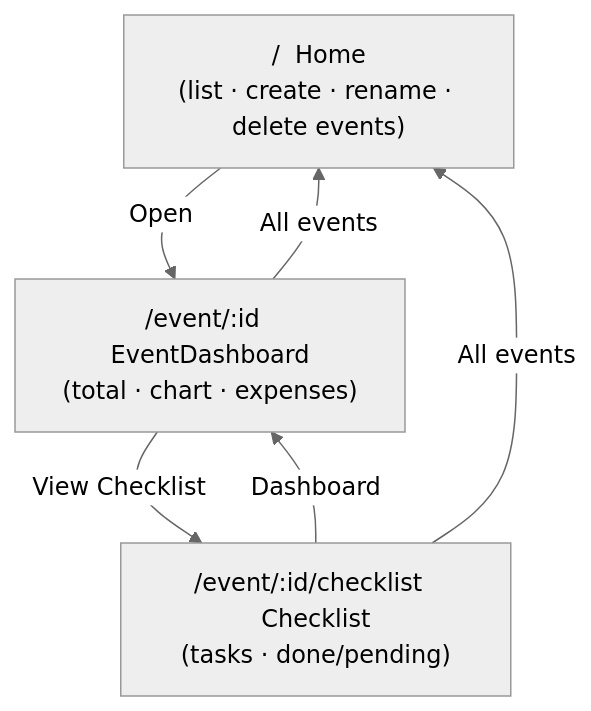
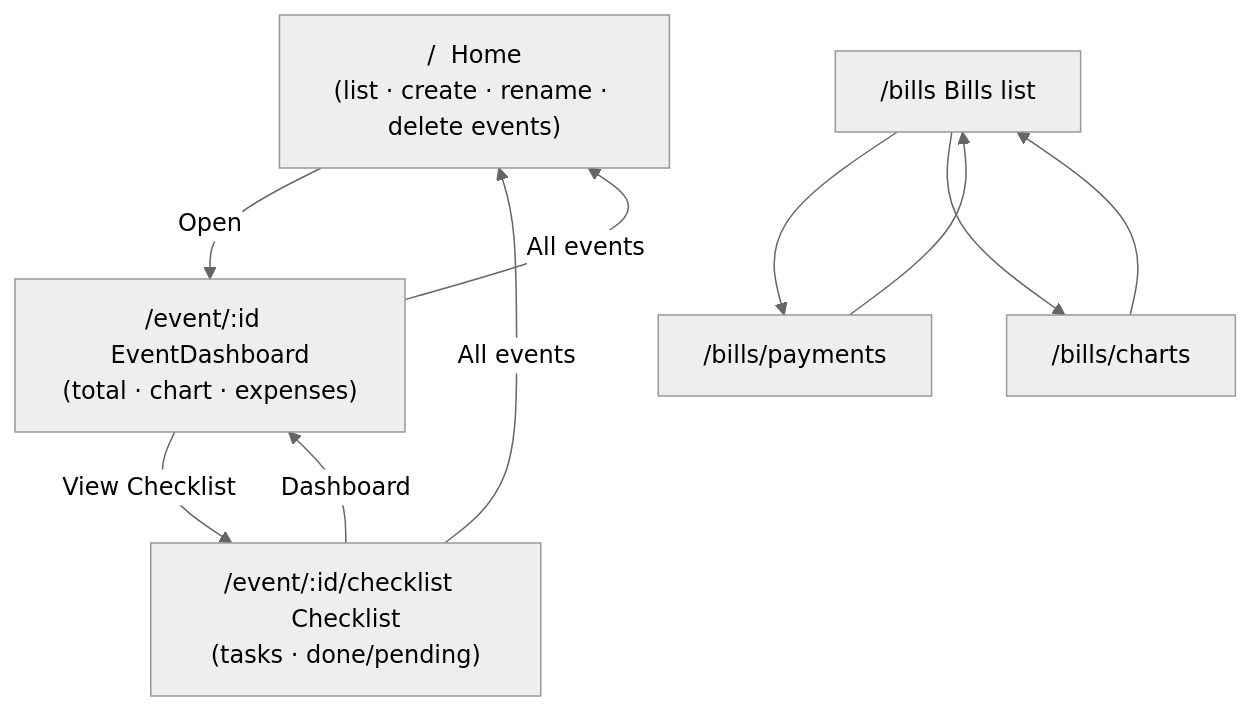
Before and after one commit to BenMob/Planit: the fifth of 7 diagrams in ARCHITECTURE.md, drawn with Mermaid (neutral theme). The commit also changed other lines of this file and 21 other files, not shown here.

````diff
--- a/ARCHITECTURE.md
+++ b/ARCHITECTURE.md
@@ -145,12 +175,21 @@
 ```mermaid
 flowchart TD
   Home["/  Home\n(list · create · rename · delete events)"]
   Dash["/event/:id  EventDashboard\n(total · chart · expenses)"]
   List["/event/:id/checklist  Checklist\n(tasks · done/pending)"]
 
   Home -->|Open| Dash
   Dash -->|View Checklist| List
   List -->|Dashboard| Dash
   Dash -->|All events| Home
   List -->|All events| Home
+
+  BillsHome["/bills  Bills list"]
+  BillsPay["/bills/payments"]
+  BillsCharts["/bills/charts"]
+
+  BillsHome --> BillsPay
+  BillsHome --> BillsCharts
+  BillsPay --> BillsHome
+  BillsCharts --> BillsHome
 ```
````
